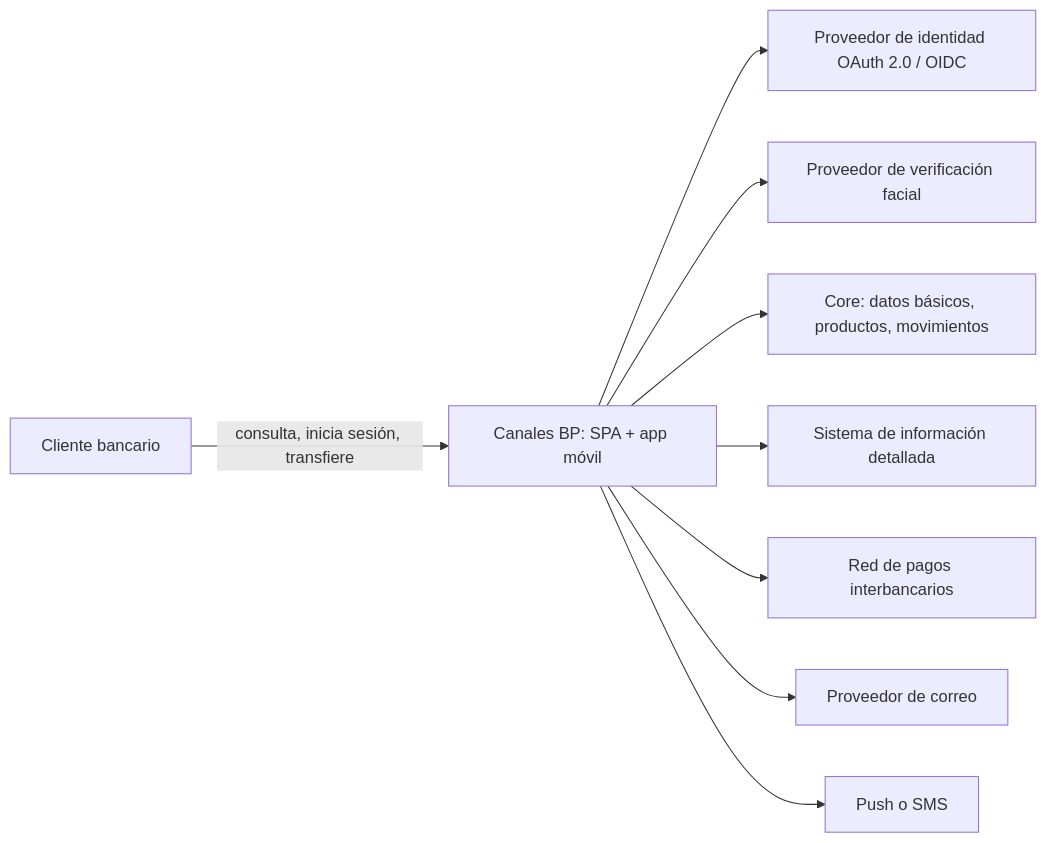
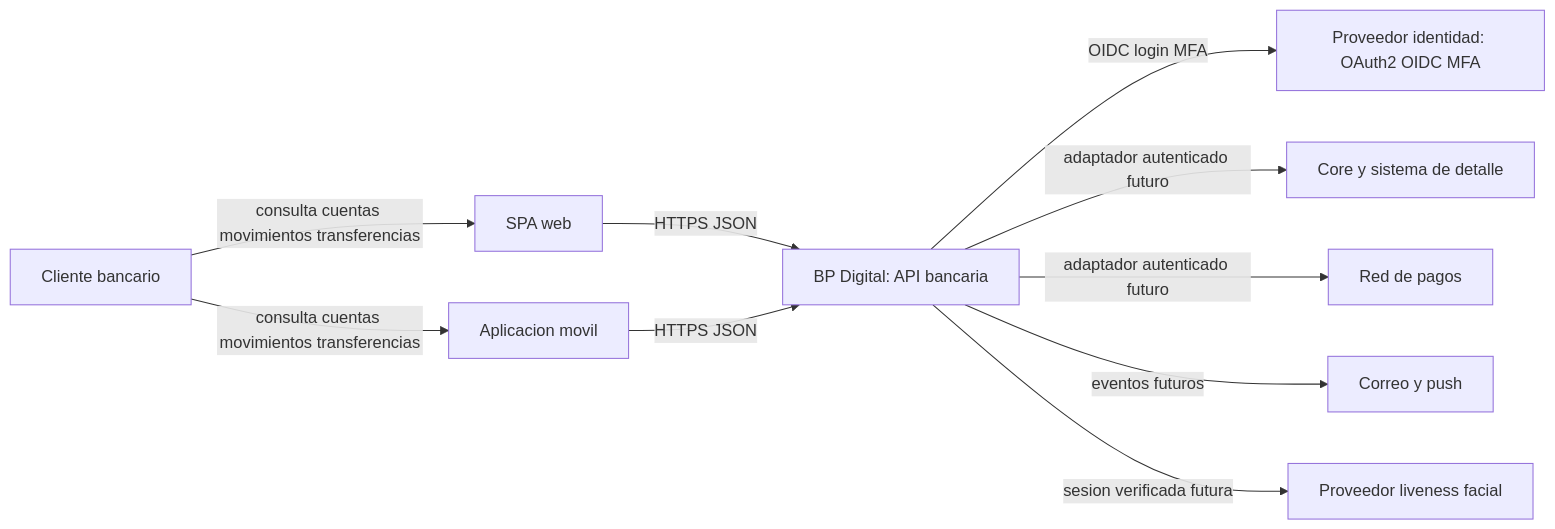
The diagram in docs/diagramas/contexto.mmd (LeirBaGMC/bp-arquitectura-banca-digital), drawn with Mermaid before and after one commit. The commit also changed 43 other files, not shown here.

```diff
--- a/docs/diagramas/contexto.mmd
+++ b/docs/diagramas/contexto.mmd
@@ -1,18 +1,19 @@
 flowchart LR
     PERSONA[Cliente bancario]
-    BP[Canales BP: SPA + app móvil]
-    CORE[Core: datos básicos, productos, movimientos]
-    DETALLE[Sistema de información detallada]
-    IDP[Proveedor de identidad OAuth 2.0 / OIDC]
-    FACIAL[Proveedor de verificación facial]
-    PAGO[Red de pagos interbancarios]
-    EMAIL[Proveedor de correo]
-    OTRO[Push o SMS]
-    PERSONA -->|consulta, inicia sesión, transfiere| BP
-    BP --> IDP
-    BP --> FACIAL
-    BP --> CORE
-    BP --> DETALLE
-    BP --> PAGO
-    BP --> EMAIL
-    BP --> OTRO
+    SPA[SPA web]
+    APP[Aplicacion movil]
+    API[BP Digital: API bancaria]
+    IDP[Proveedor identidad: OAuth2 OIDC MFA]
+    CORE[Core y sistema de detalle]
+    PAY[Red de pagos]
+    NOTICE[Correo y push]
+    BIO[Proveedor liveness facial]
+    PERSONA -->|consulta cuentas movimientos transferencias| SPA
+    PERSONA -->|consulta cuentas movimientos transferencias| APP
+    SPA -->|HTTPS JSON| API
+    APP -->|HTTPS JSON| API
+    API -->|OIDC login MFA| IDP
+    API -->|adaptador autenticado futuro| CORE
+    API -->|adaptador autenticado futuro| PAY
+    API -->|eventos futuros| NOTICE
+    API -->|sesion verificada futura| BIO
```
